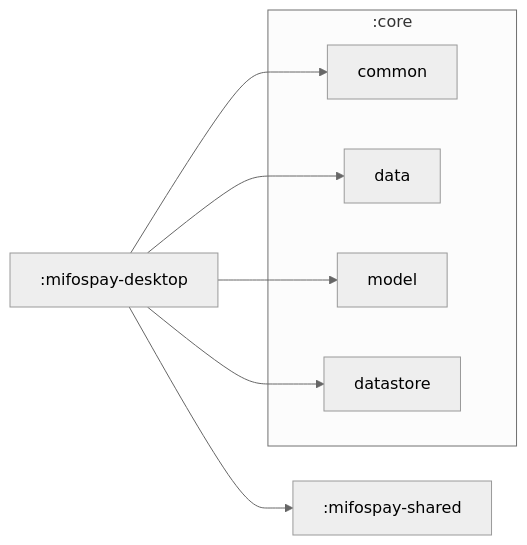
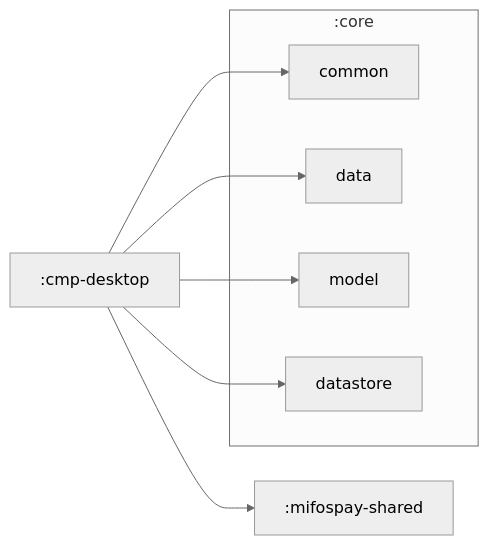
Before and after one commit to openMF/mobile-wallet: the diagram in cmp-desktop/README.md, drawn with Mermaid. The commit also changed other lines of this file and 8 other files, not shown here.

````diff
--- a/cmp-desktop/README.md
+++ b/cmp-desktop/README.md
@@ -3,20 +3,20 @@
 ```mermaid
 %%{
   init: {
     'theme': 'neutral'
   }
 }%%
 
 graph LR
   subgraph :core
     :core:common["common"]
     :core:data["data"]
     :core:model["model"]
     :core:datastore["datastore"]
   end
-  :mifospay-desktop --> :core:common
-  :mifospay-desktop --> :core:data
-  :mifospay-desktop --> :core:model
-  :mifospay-desktop --> :core:datastore
-  :mifospay-desktop --> :mifospay-shared
+  :cmp-desktop --> :core:common
+  :cmp-desktop --> :core:data
+  :cmp-desktop --> :core:model
+  :cmp-desktop --> :core:datastore
+  :cmp-desktop --> :mifospay-shared
 ```
````
